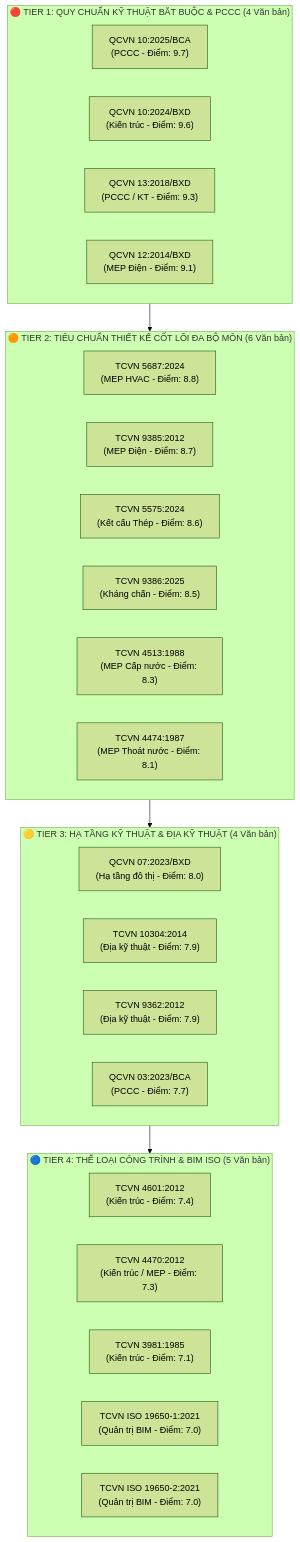
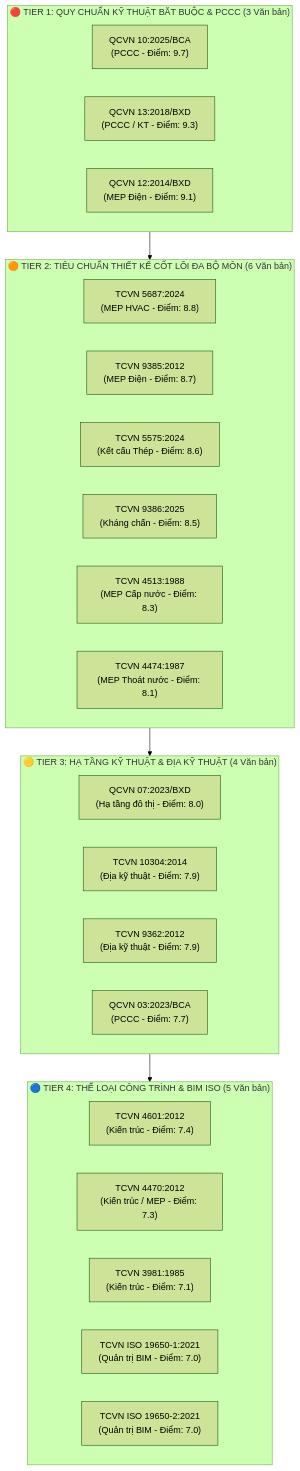
One commit to vvChu/ccba-legal-knowledge changed the diagram in .md/knowledge/expansion_roadmap.md. Above: the diagram before and after it, drawn with Mermaid (forest theme). The commit also changed other lines of this file and 67 other files, not shown here.

Commit message:
feat(qcvn_10): ingest QCVN 10:2024/BXD with 100% visual and verbatim parity

````diff
--- a/.md/knowledge/expansion_roadmap.md
+++ b/.md/knowledge/expansion_roadmap.md
@@ -23,37 +23,36 @@
 ```mermaid
 graph TD
-    subgraph T1["🔴 TIER 1: QUY CHUẨN KỸ THUẬT BẮT BUỘC & PCCC (4 Văn bản)"]
+    subgraph T1["🔴 TIER 1: QUY CHUẨN KỸ THUẬT BẮT BUỘC & PCCC (3 Văn bản)"]
         T1_1["QCVN 10:2025/BCA<br/>(PCCC - Điểm: 9.7)"]
-        T1_2["QCVN 10:2024/BXD<br/>(Kiến trúc - Điểm: 9.6)"]
-        T1_3["QCVN 13:2018/BXD<br/>(PCCC / KT - Điểm: 9.3)"]
-        T1_4["QCVN 12:2014/BXD<br/>(MEP Điện - Điểm: 9.1)"]
+        T1_2["QCVN 13:2018/BXD<br/>(PCCC / KT - Điểm: 9.3)"]
+        T1_3["QCVN 12:2014/BXD<br/>(MEP Điện - Điểm: 9.1)"]
     end
 
     subgraph T2["🟠 TIER 2: TIÊU CHUẨN THIẾT KẾ CỐT LÕI ĐA BỘ MÔN (6 Văn bản)"]
         T2_1["TCVN 5687:2024<br/>(MEP HVAC - Điểm: 8.8)"]
         T2_2["TCVN 9385:2012<br/>(MEP Điện - Điểm: 8.7)"]
         T2_3["TCVN 5575:2024<br/>(Kết cấu Thép - Điểm: 8.6)"]
         T2_4["TCVN 9386:2025<br/>(Kháng chấn - Điểm: 8.5)"]
         T2_5["TCVN 4513:1988<br/>(MEP Cấp nước - Điểm: 8.3)"]
         T2_6["TCVN 4474:1987<br/>(MEP Thoát nước - Điểm: 8.1)"]
     end
 
     subgraph T3["🟡 TIER 3: HẠ TẦNG KỸ THUẬT & ĐỊA KỸ THUẬT (4 Văn bản)"]
         T3_1["QCVN 07:2023/BXD<br/>(Hạ tầng đô thị - Điểm: 8.0)"]
         T3_2["TCVN 10304:2014<br/>(Địa kỹ thuật - Điểm: 7.9)"]
         T3_3["TCVN 9362:2012<br/>(Địa kỹ thuật - Điểm: 7.9)"]
         T3_4["QCVN 03:2023/BCA<br/>(PCCC - Điểm: 7.7)"]
     end
 
     subgraph T4["🔵 TIER 4: THỂ LOẠI CÔNG TRÌNH & BIM ISO (5 Văn bản)"]
         T4_1["TCVN 4601:2012<br/>(Kiến trúc - Điểm: 7.4)"]
         T4_2["TCVN 4470:2012<br/>(Kiến trúc / MEP - Điểm: 7.3)"]
         T4_3["TCVN 3981:1985<br/>(Kiến trúc - Điểm: 7.1)"]
         T4_4["TCVN ISO 19650-1:2021<br/>(Quản trị BIM - Điểm: 7.0)"]
         T4_5["TCVN ISO 19650-2:2021<br/>(Quản trị BIM - Điểm: 7.0)"]
     end
 
     T1 --> T2
     T2 --> T3
     T3 --> T4
 ```
````
